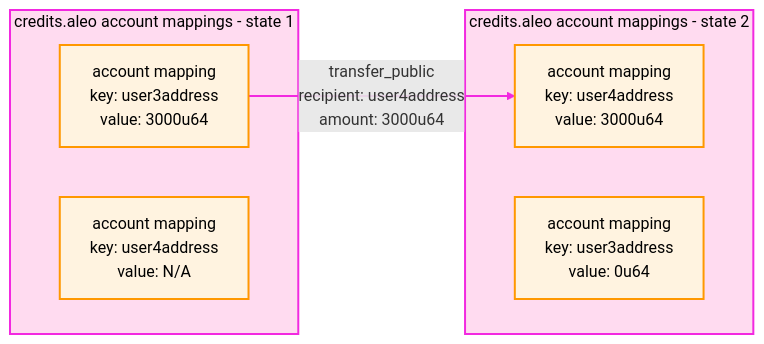
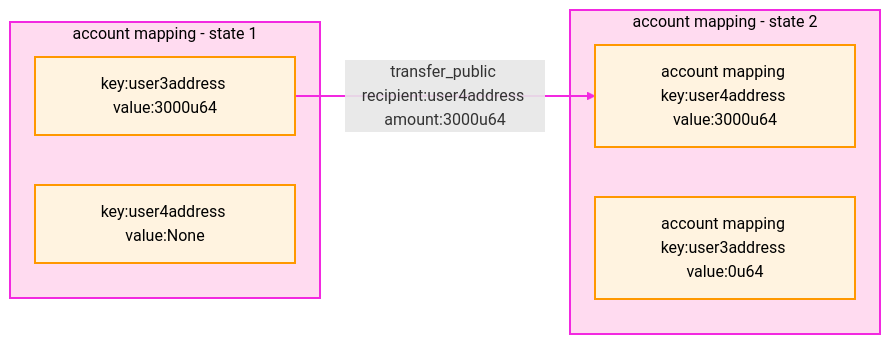
The fourth of 5 diagrams in documentation/concepts/fundamentals/08_transfers.md (AleoNet/welcome), drawn with Mermaid before and after one commit. The commit also changed other lines of this file, not shown here.

Commit message:
Fix 08_transfers.md markdown diagrams

````diff
--- a/documentation/concepts/fundamentals/08_transfers.md
+++ b/documentation/concepts/fundamentals/08_transfers.md
@@ -128,17 +128,17 @@
 ```mermaid
 graph LR
-    subgraph state2["credits.aleo account mappings - state 2"]
-        m3[account mapping \n key: user4address \n value: 3000u64]
-        m4[account mapping \n key: user3address \n value: 0u64]
+    subgraph state2["account mapping - state 2"]
+        m3[account mapping key:user4address value:3000u64]
+        m4[account mapping key:user3address value:0u64]
     end
 
-    subgraph state1["credits.aleo account mappings - state 1"]
-        m2[account mapping \n key: user3address \n value: 3000u64]--transfer_public \n recipient: user4address \n amount: 3000u64-->m3
-        m1[account mapping \n key: user4address \n value: N/A]
+    subgraph state1["account mapping - state 1"]
+        m2[key:user3address value:3000u64]--transfer_public recipient:user4address amount:3000u64-->m3
+        m1[key:user4address value:None]
     end
 
     classDef default fill:#fff3e0,stroke:#ff9800,stroke-width:2px,color:#000;
     style state1 fill:#ffdbf0,stroke:#f229e0,stroke-width:2px,color:#000;
     style state2 fill:#ffdbf0,stroke:#f229e0,stroke-width:2px,color:#000;
     linkStyle default stroke:#f229e0,stroke-width:2px;
 ```
````
